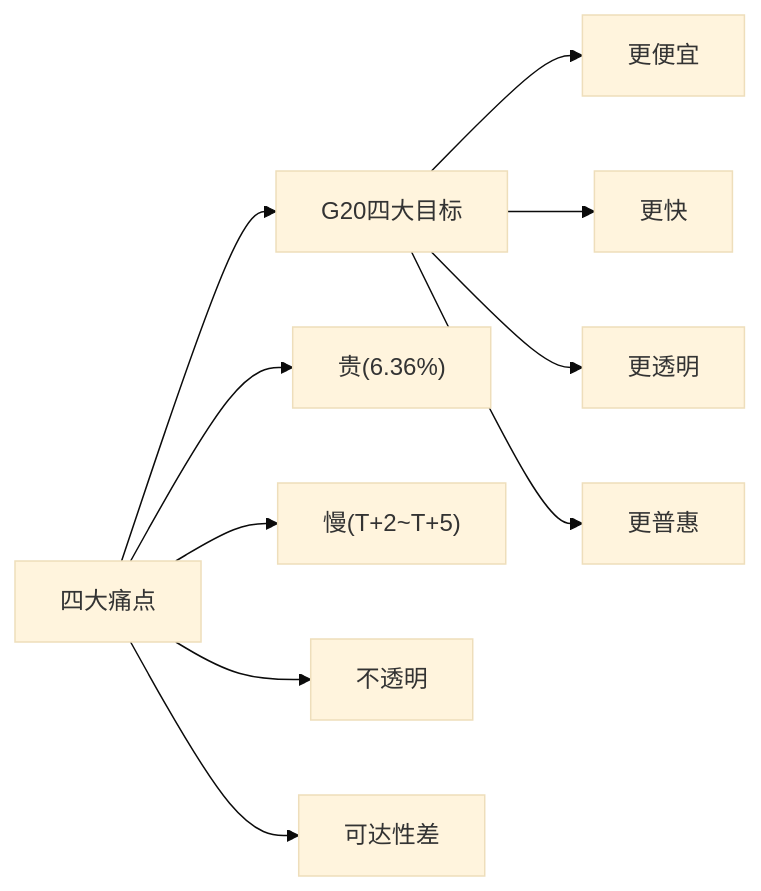
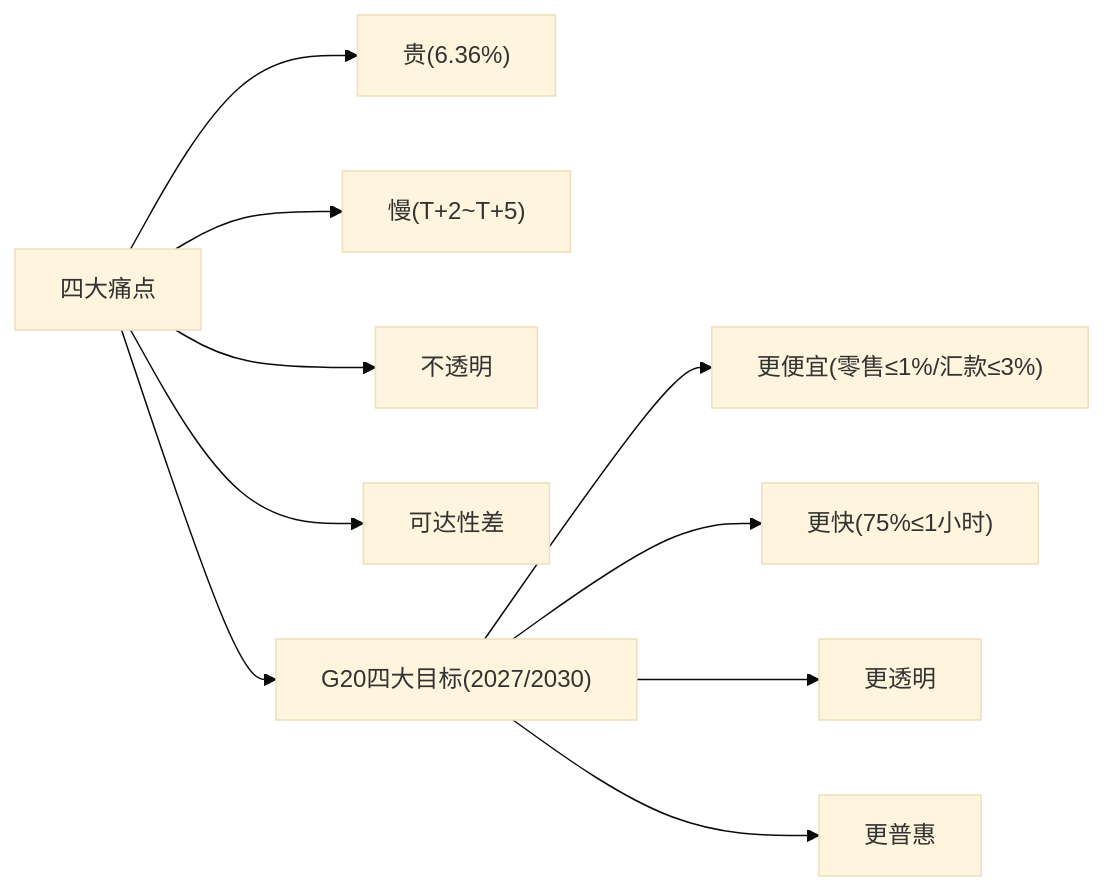
One commit to loong-ju/tech-research changed the tenth of 12 diagrams in payment/traditional-payment/03-crossborder-business.md. Above: the diagram before and after it, drawn with Mermaid (base theme). The commit also changed other lines of this file and 8 other files, not shown here.

First line of the commit message:
模块3跨境:整合学习笔记+架构图+深度报告进业务/技术篇,删原3文件

````diff
--- a/payment/traditional-payment/03-crossborder-business.md
+++ b/payment/traditional-payment/03-crossborder-business.md
@@ -139,12 +346,12 @@
 ```mermaid
 flowchart LR
-    PAIN["四大痛点"] --> G["G20四大目标"]
-    PAIN --> P1["贵(6.36%)"]
+    PAIN["四大痛点"] --> P1["贵(6.36%)"]
     PAIN --> P2["慢(T+2~T+5)"]
     PAIN --> P3["不透明"]
     PAIN --> P4["可达性差"]
-    G --> G1["更便宜"]
-    G --> G2["更快"]
+    PAIN --> G["G20四大目标(2027/2030)"]
+    G --> G1["更便宜(零售≤1%/汇款≤3%)"]
+    G --> G2["更快(75%≤1小时)"]
     G --> G3["更透明"]
     G --> G4["更普惠"]
 ```
````
